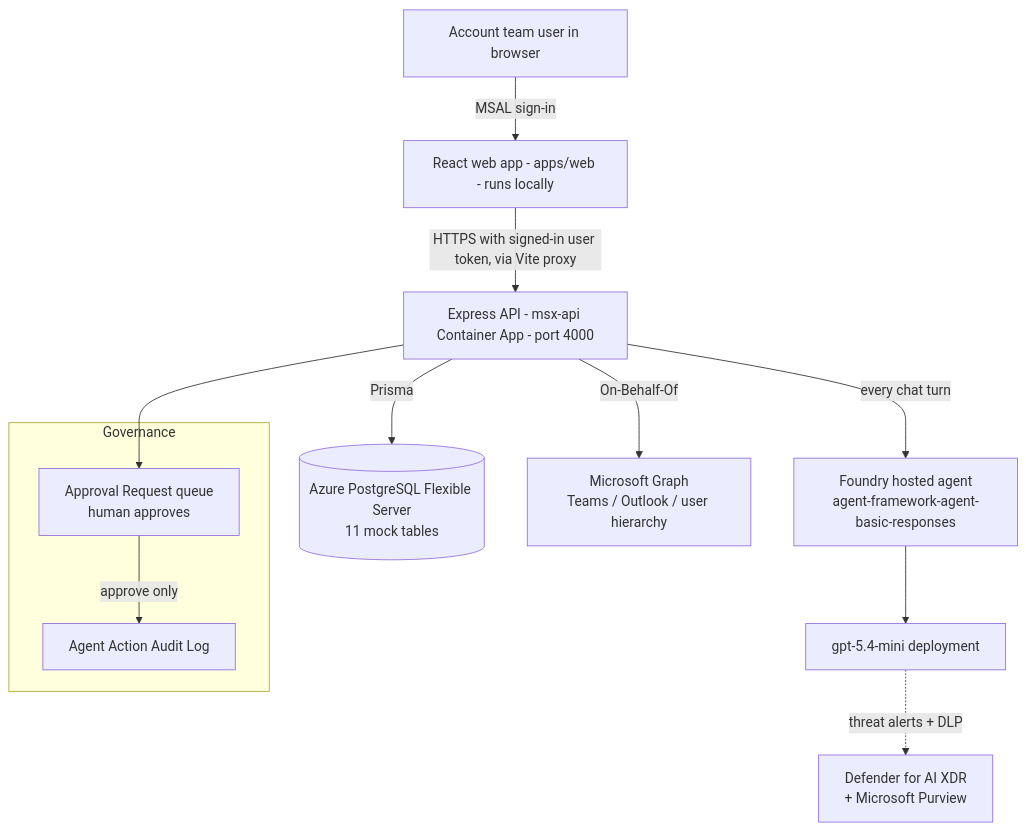
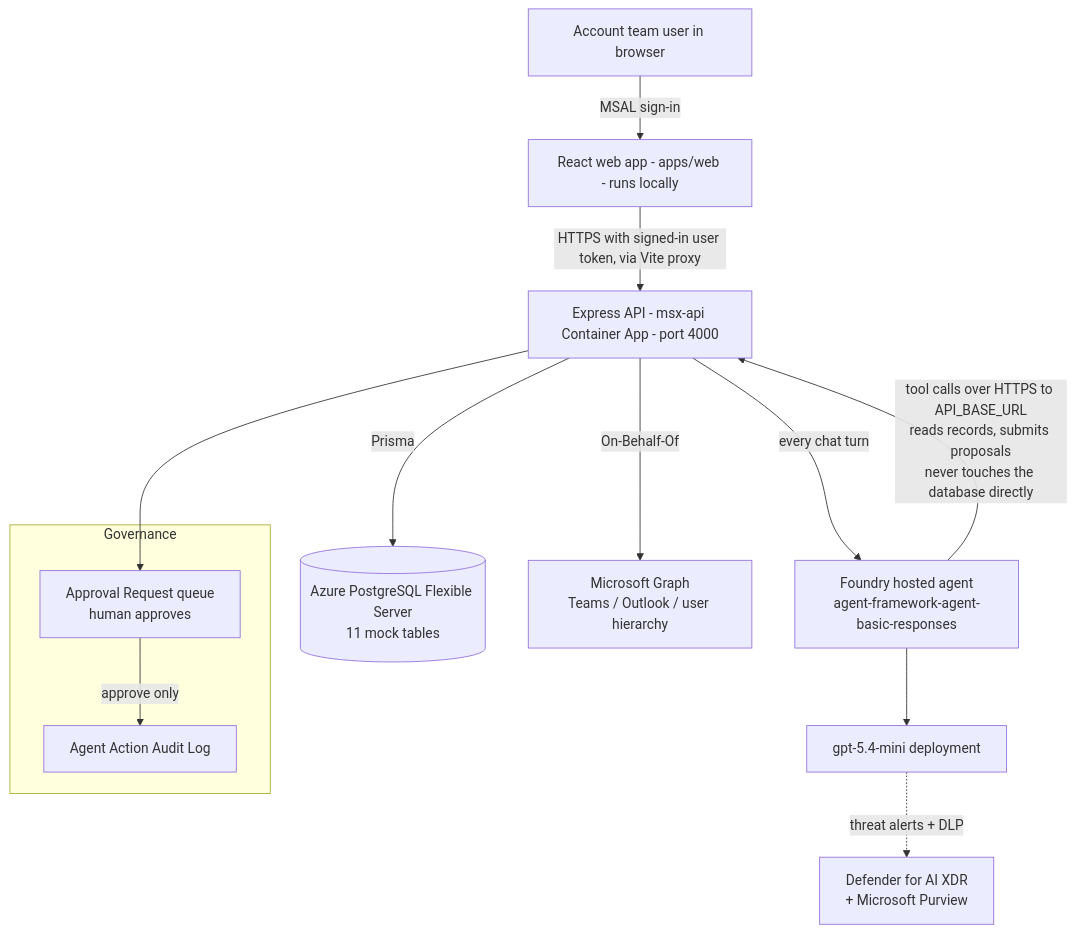
Before and after one commit to amandatranMS/Project: the diagram in HANDOFF.md, drawn with Mermaid. The commit also changed 5 other files, not shown here.

````diff
--- a/HANDOFF.md
+++ b/HANDOFF.md
@@ -67,19 +67,20 @@
 ```mermaid
 flowchart TD
     U[Account team user in browser] -->|MSAL sign-in| W[React web app - apps/web - runs locally]
     W -->|HTTPS with signed-in user token, via Vite proxy| API[Express API - msx-api Container App - port 4000]
 
     API -->|Prisma| DB[(Azure PostgreSQL Flexible Server<br/>11 mock tables)]
     API -->|every chat turn| FA[Foundry hosted agent<br/>agent-framework-agent-basic-responses]
+    FA -->|tool calls over HTTPS to API_BASE_URL<br/>reads records, submits proposals<br/>never touches the database directly| API
     FA --> M1[gpt-5.4-mini deployment]
 
     API -->|On-Behalf-Of| GRAPH[Microsoft Graph<br/>Teams / Outlook / user hierarchy]
     M1 -.->|threat alerts + DLP| SEC[Defender for AI XDR<br/>+ Microsoft Purview]
 
     subgraph Governance
       APR[Approval Request queue<br/>human approves]
       AUD[Agent Action Audit Log]
     end
     API --> APR
     APR -->|approve only| AUD
 ```
````
